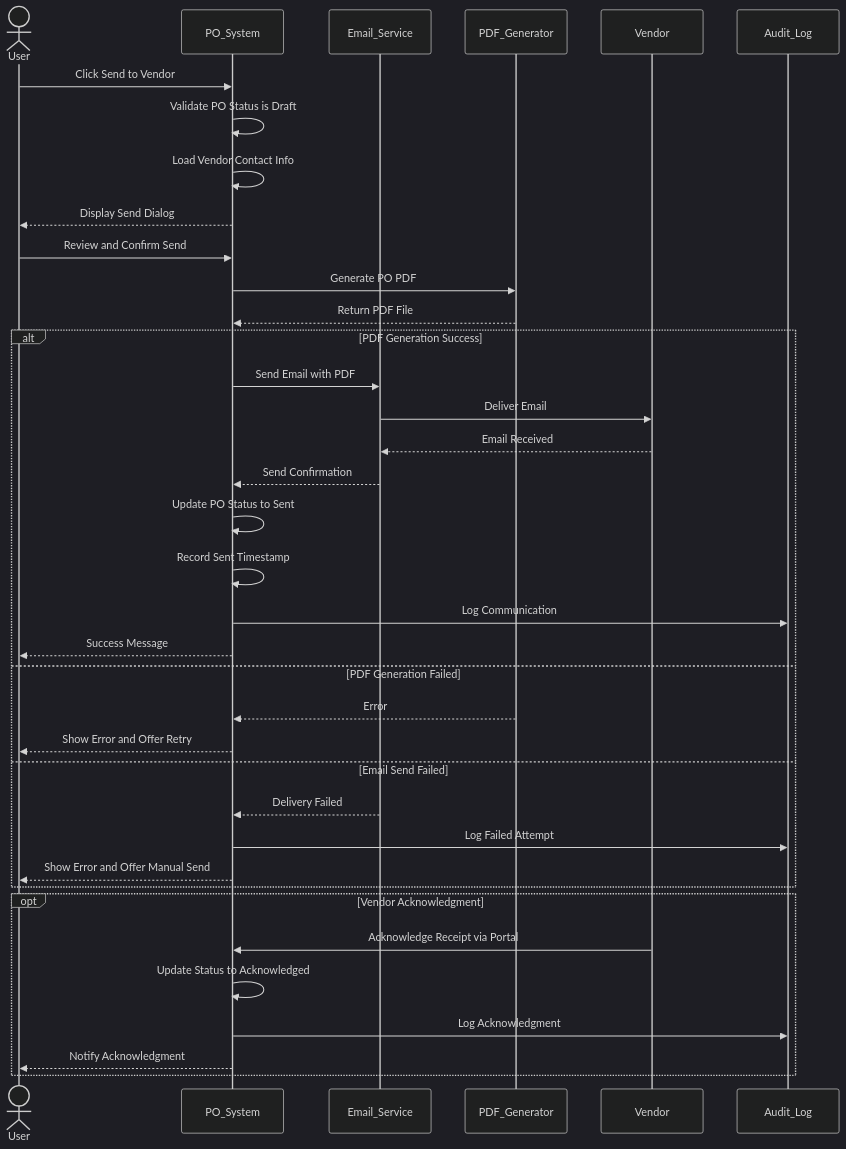
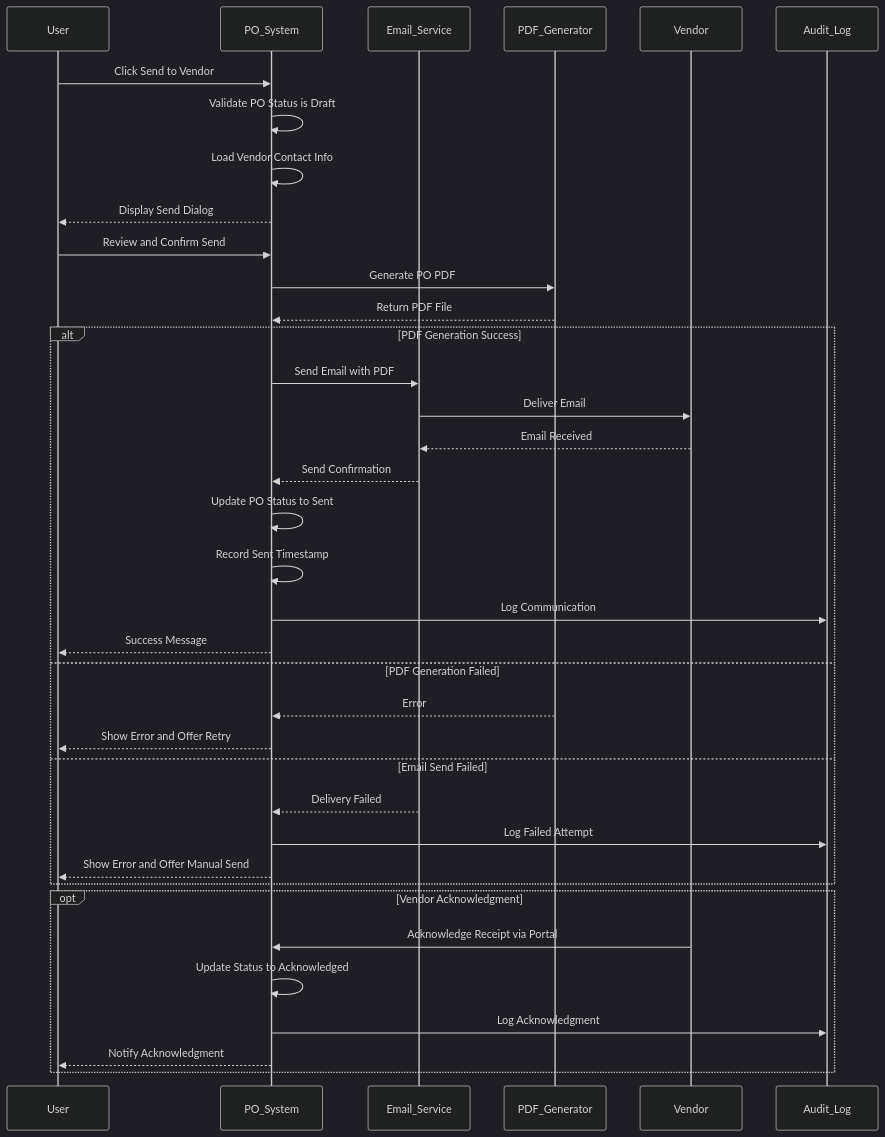
One commit to PeakMNA/carmen changed the seventh of 11 diagrams in docs/app/procurement/purchase-orders/FD-purchase-orders.md. Above: the diagram before and after it, drawn with Mermaid (dark theme). The commit also changed other lines of this file and 473 other files, not shown here.

````diff
--- a/docs/app/procurement/purchase-orders/FD-purchase-orders.md
+++ b/docs/app/procurement/purchase-orders/FD-purchase-orders.md
@@ -436,45 +420,45 @@
 ```mermaid
 sequenceDiagram
-    actor User
+    participant User
     participant PO_System
     participant Email_Service
     participant PDF_Generator
     participant Vendor
     participant Audit_Log
 
     User->>PO_System: Click Send to Vendor
     PO_System->>PO_System: Validate PO Status is Draft
     PO_System->>PO_System: Load Vendor Contact Info
     PO_System-->>User: Display Send Dialog
 
     User->>PO_System: Review and Confirm Send
     PO_System->>PDF_Generator: Generate PO PDF
     PDF_Generator-->>PO_System: Return PDF File
 
     alt PDF Generation Success
         PO_System->>Email_Service: Send Email with PDF
         Email_Service->>Vendor: Deliver Email
         Vendor-->>Email_Service: Email Received
         Email_Service-->>PO_System: Send Confirmation
 
         PO_System->>PO_System: Update PO Status to Sent
         PO_System->>PO_System: Record Sent Timestamp
         PO_System->>Audit_Log: Log Communication
         PO_System-->>User: Success Message
 
     else PDF Generation Failed
         PDF_Generator-->>PO_System: Error
         PO_System-->>User: Show Error and Offer Retry
     else Email Send Failed
         Email_Service-->>PO_System: Delivery Failed
         PO_System->>Audit_Log: Log Failed Attempt
         PO_System-->>User: Show Error and Offer Manual Send
     end
 
     opt Vendor Acknowledgment
         Vendor->>PO_System: Acknowledge Receipt via Portal
         PO_System->>PO_System: Update Status to Acknowledged
         PO_System->>Audit_Log: Log Acknowledgment
         PO_System-->>User: Notify Acknowledgment
     end
 ```
````
